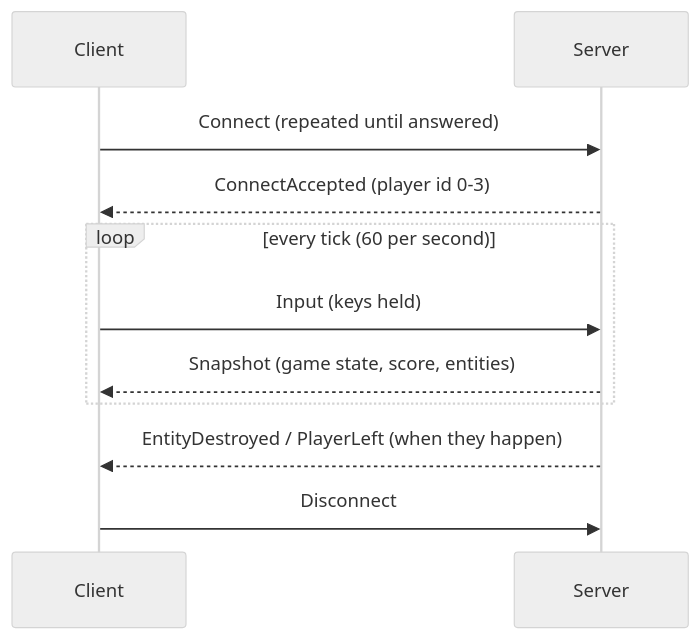
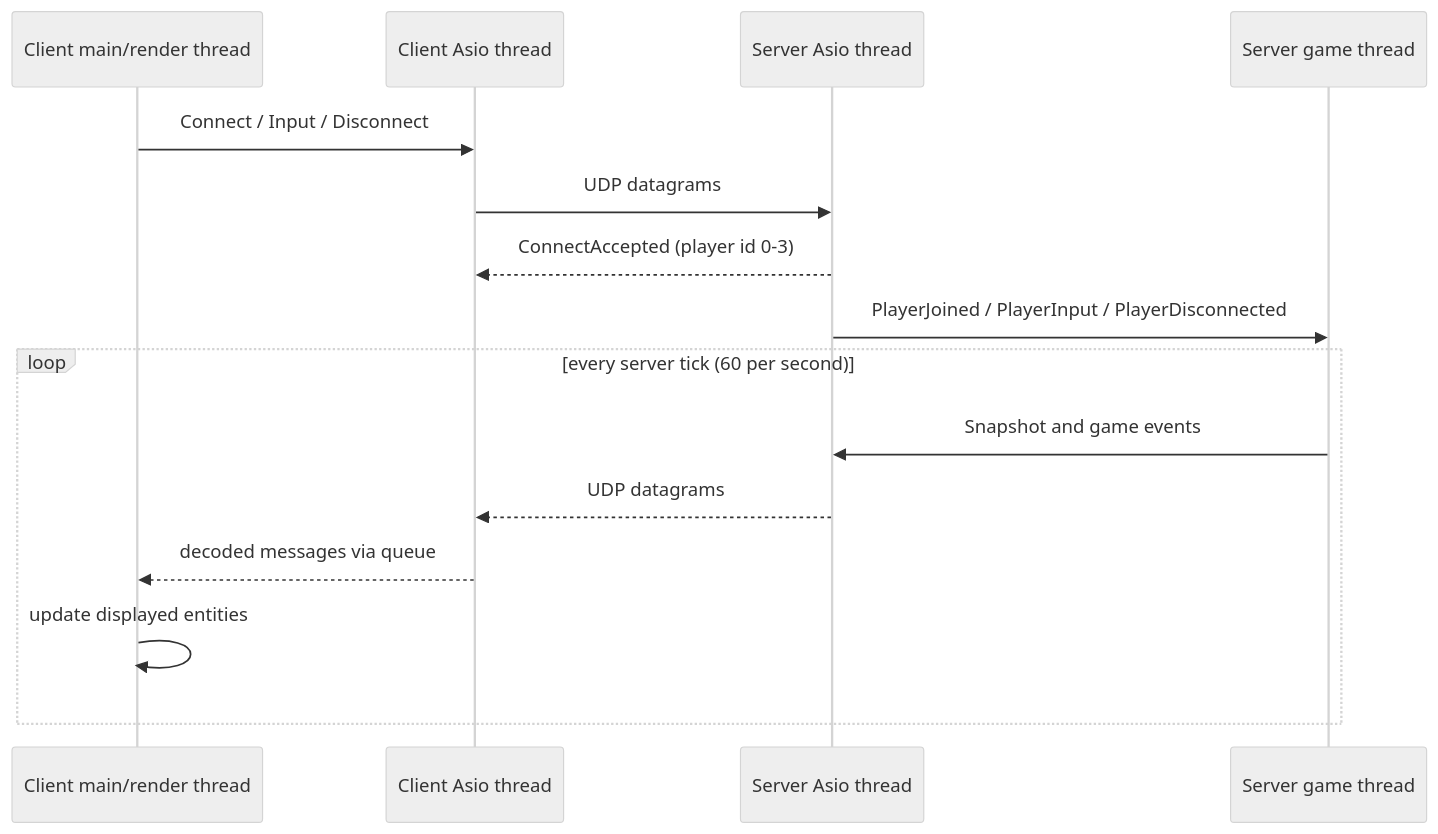
Before and after one commit to Nivek-Hyn/epitech-rtype: the third of 6 diagrams in docs/architecture.md, drawn with Mermaid (neutral theme). The commit also changed other lines of this file, not shown here.

````diff
--- a/docs/architecture.md
+++ b/docs/architecture.md
@@ -110,13 +108,17 @@
 ```mermaid
 sequenceDiagram
-    participant Client
-    participant Server
-    Client->>Server: Connect (repeated until answered)
-    Server-->>Client: ConnectAccepted (player id 0-3)
-    loop every tick (60 per second)
-        Client->>Server: Input (keys held)
-        Server-->>Client: Snapshot (game state, score, entities)
+    participant ClientMain as Client main/render thread
+    participant ClientNet as Client Asio thread
+    participant ServerNet as Server Asio thread
+    participant ServerMain as Server game thread
+    ClientMain->>ClientNet: Connect / Input / Disconnect
+    ClientNet->>ServerNet: UDP datagrams
+    ServerNet-->>ClientNet: ConnectAccepted (player id 0-3)
+    ServerNet->>ServerMain: PlayerJoined / PlayerInput / PlayerDisconnected
+    loop every server tick (60 per second)
+        ServerMain->>ServerNet: Snapshot and game events
+        ServerNet-->>ClientNet: UDP datagrams
+        ClientNet-->>ClientMain: decoded messages via queue
+        ClientMain->>ClientMain: update displayed entities
     end
-    Server-->>Client: EntityDestroyed / PlayerLeft (when they happen)
-    Client->>Server: Disconnect
 ```
````
